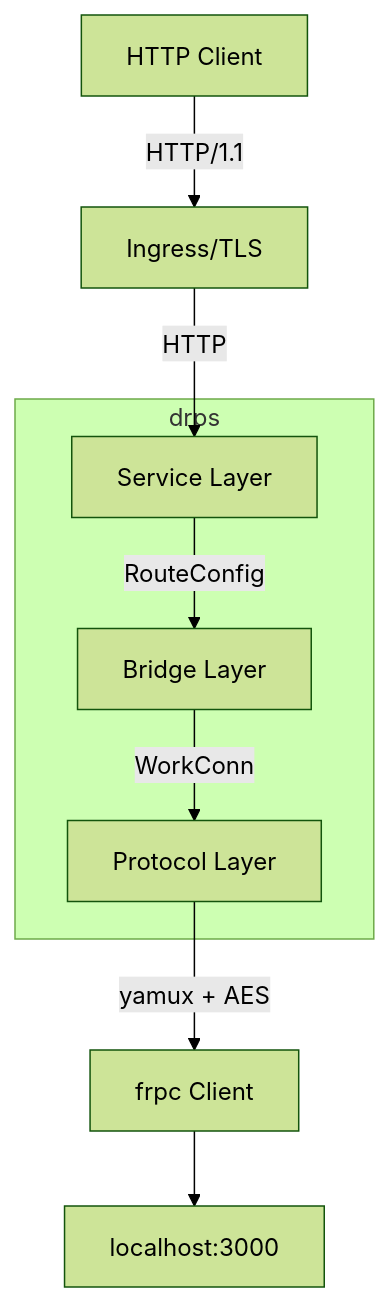
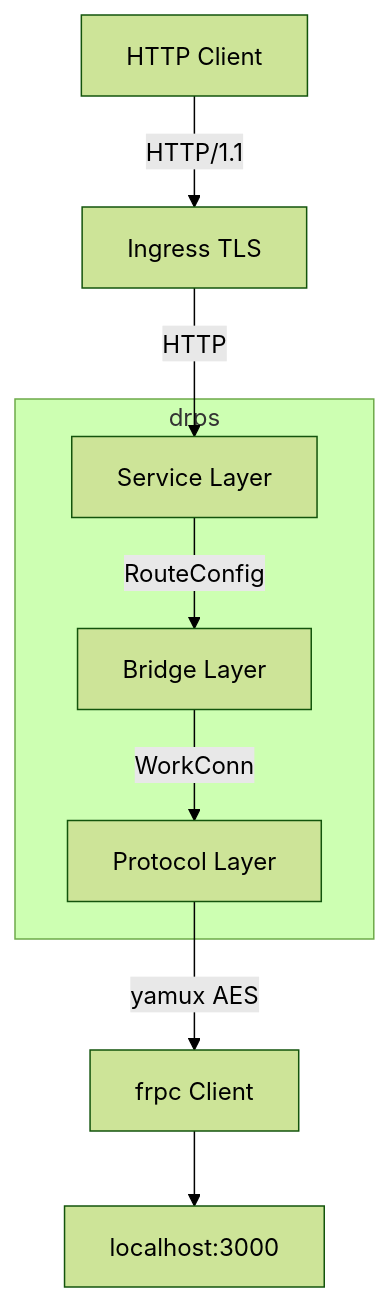
Before and after one commit to cagojeiger/drp: the first of 4 diagrams in docs/architecture/overview.md, drawn with Mermaid (forest theme). The commit also changed other lines of this file and 3 other files, not shown here.

First line of the commit message:
fix(docs): rewrite all Mermaid diagrams for VS Code compatibility

````diff
--- a/docs/architecture/overview.md
+++ b/docs/architecture/overview.md
@@ -12,22 +12,22 @@
 ```mermaid
 graph TB
-    Client[HTTP Client]
-    Ingress[Ingress/TLS]
-    frpc[frpc Client]
-    Local[localhost:3000]
+    Client["HTTP Client"]
+    Ingress["Ingress TLS"]
+    FRPC["frpc Client"]
+    Local["localhost:3000"]
 
-    Client -->|HTTP/1.1| Ingress
-    Ingress -->|HTTP| SL
+    Client -->|"HTTP/1.1"| Ingress
+    Ingress -->|"HTTP"| SL
 
-    subgraph drps
-        SL[Service Layer]
-        BL[Bridge Layer]
-        PL[Protocol Layer]
+    subgraph DRPS["drps"]
+        SL["Service Layer"]
+        BL["Bridge Layer"]
+        PL["Protocol Layer"]
 
-        SL -->|RouteConfig| BL
-        BL -->|WorkConn| PL
+        SL -->|"RouteConfig"| BL
+        BL -->|"WorkConn"| PL
     end
 
-    PL -->|yamux + AES| frpc
-    frpc --> Local
+    PL -->|"yamux AES"| FRPC
+    FRPC --> Local
 ```
````
